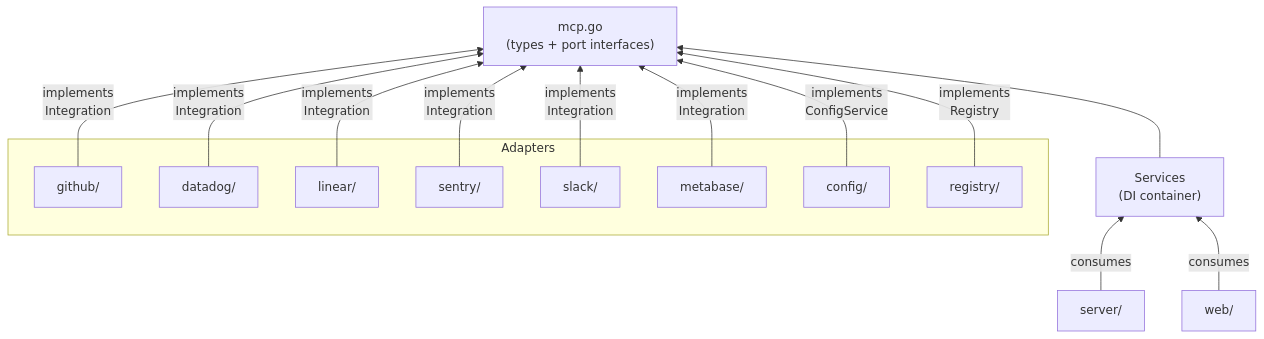
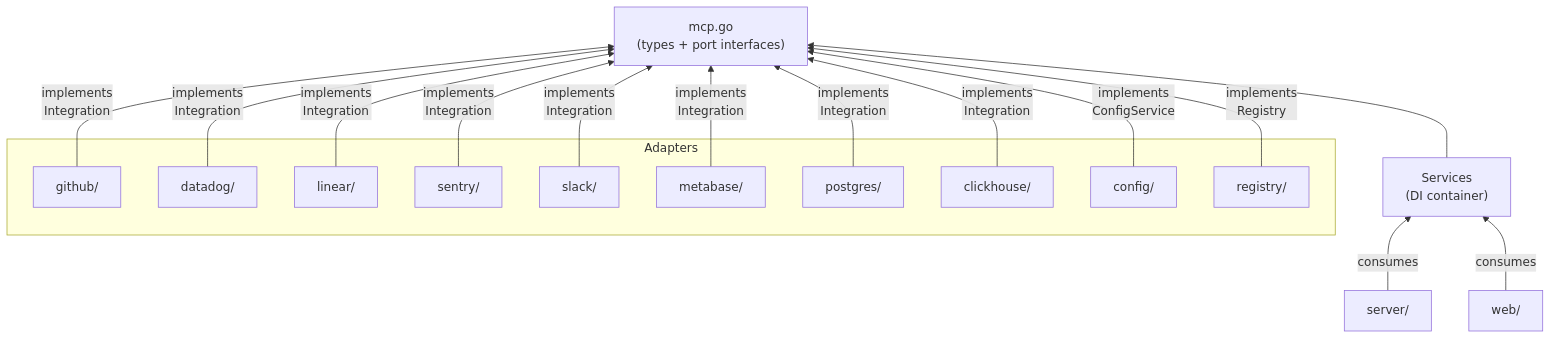
The diagram in AGENTS.md (daltoniam/switchboard), drawn with Mermaid before and after one commit. The commit also changed other lines of this file and 11 other files, not shown here.

Commit message:
add clickhouse integration

````diff
--- a/AGENTS.md
+++ b/AGENTS.md
@@ -206,17 +213,18 @@
 ```mermaid
 graph BT
     subgraph "Adapters"
         GH["github/"] & DD["datadog/"] & LN["linear/"]
         SN["sentry/"] & SL["slack/"] & MB["metabase/"]
+        PG["postgres/"] & CH["clickhouse/"]
         CF["config/"] & RG["registry/"]
     end
 
-    GH & DD & LN & SN & SL & MB -->|implements\nIntegration| Core
+    GH & DD & LN & SN & SL & MB & PG & CH -->|implements\nIntegration| Core
     CF -->|implements\nConfigService| Core
     RG -->|implements\nRegistry| Core
 
     Core["mcp.go\n(types + port interfaces)"]
 
     SRV["server/"] & WEB["web/"] -->|consumes| DI["Services\n(DI container)"]
     DI --> Core
 ```
````
